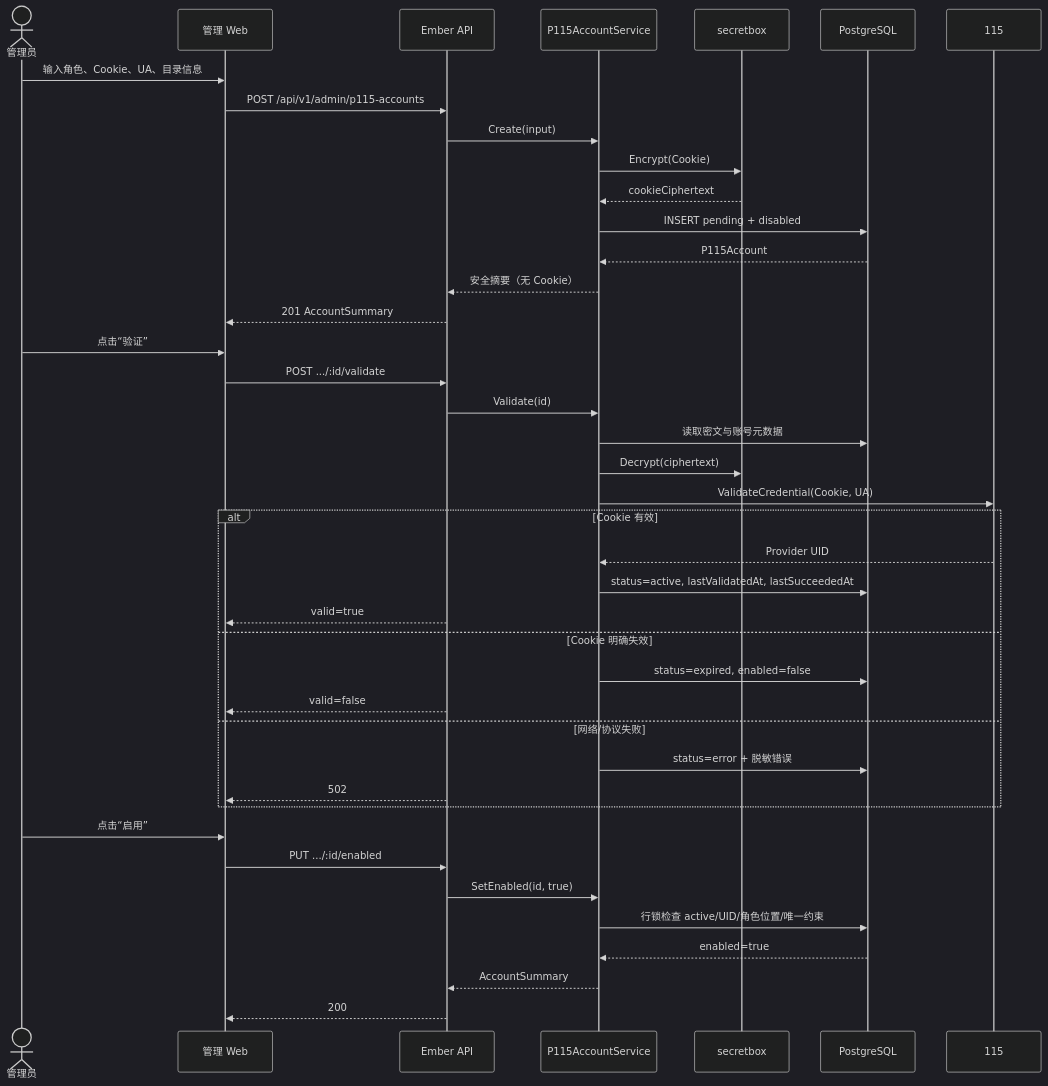
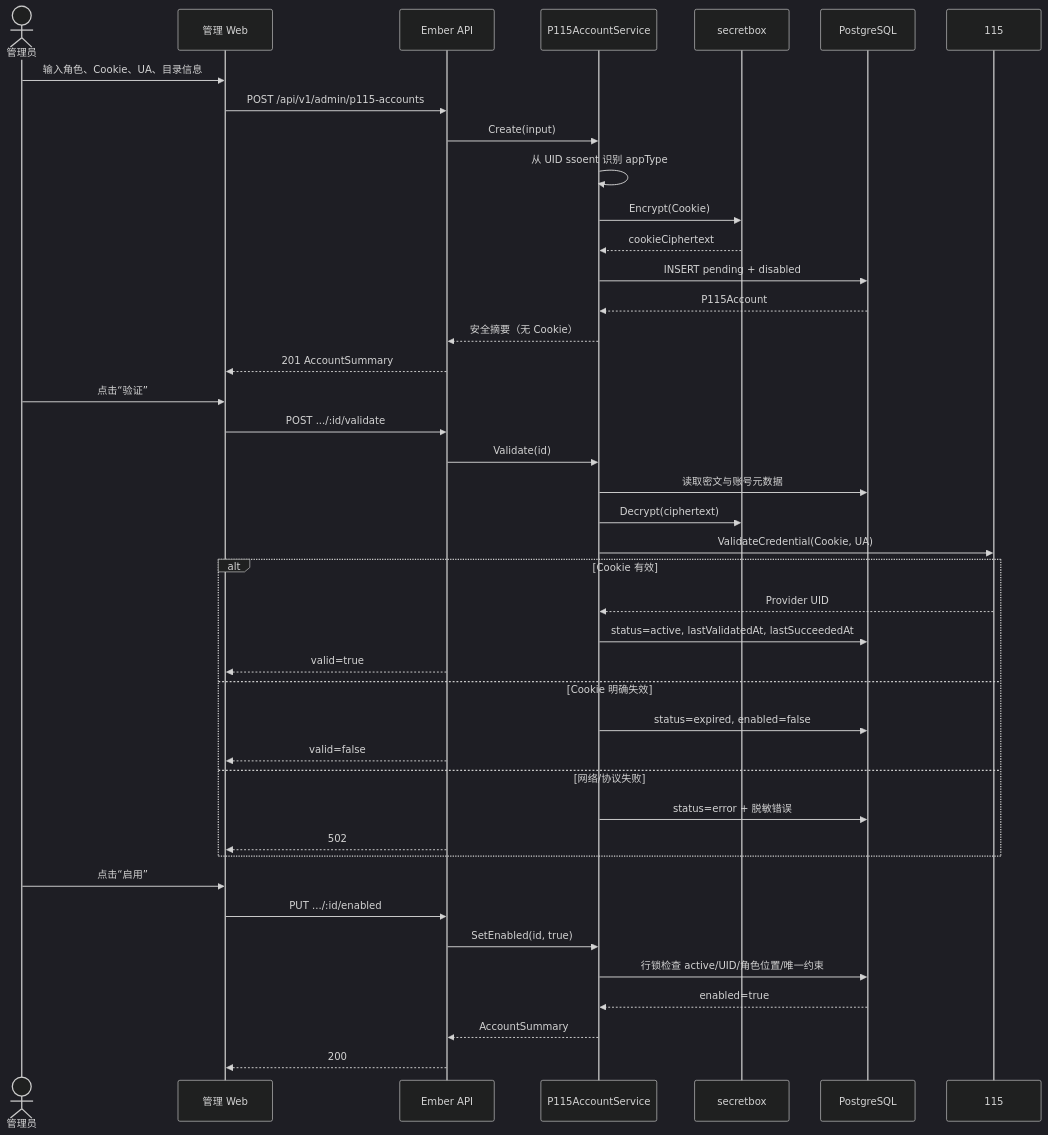
Before and after one commit to konghanghang/ember: the second of 8 diagrams in docs/reference/p115-playback-end-to-end-flow.md, drawn with Mermaid (dark theme). The commit also changed other lines of this file and 21 other files, not shown here.

````diff
--- a/docs/reference/p115-playback-end-to-end-flow.md
+++ b/docs/reference/p115-playback-end-to-end-flow.md
@@ -84,46 +84,47 @@
 ```mermaid
 sequenceDiagram
     actor Admin as 管理员
     participant Web as 管理 Web
     participant API as Ember API
     participant Account as P115AccountService
     participant Secret as secretbox
     participant DB as PostgreSQL
     participant P115 as 115
 
     Admin->>Web: 输入角色、Cookie、UA、目录信息
     Web->>API: POST /api/v1/admin/p115-accounts
     API->>Account: Create(input)
+    Account->>Account: 从 UID ssoent 识别 appType
     Account->>Secret: Encrypt(Cookie)
     Secret-->>Account: cookieCiphertext
     Account->>DB: INSERT pending + disabled
     DB-->>Account: P115Account
     Account-->>API: 安全摘要（无 Cookie）
     API-->>Web: 201 AccountSummary
 
     Admin->>Web: 点击“验证”
     Web->>API: POST .../:id/validate
     API->>Account: Validate(id)
     Account->>DB: 读取密文与账号元数据
     Account->>Secret: Decrypt(ciphertext)
     Account->>P115: ValidateCredential(Cookie, UA)
     alt Cookie 有效
         P115-->>Account: Provider UID
         Account->>DB: status=active, lastValidatedAt, lastSucceededAt
         API-->>Web: valid=true
     else Cookie 明确失效
         Account->>DB: status=expired, enabled=false
         API-->>Web: valid=false
     else 网络/协议失败
         Account->>DB: status=error + 脱敏错误
         API-->>Web: 502
     end
 
     Admin->>Web: 点击“启用”
     Web->>API: PUT .../:id/enabled
     API->>Account: SetEnabled(id, true)
     Account->>DB: 行锁检查 active/UID/角色位置/唯一约束
     DB-->>Account: enabled=true
     Account-->>API: AccountSummary
     API-->>Web: 200
 ```
````
